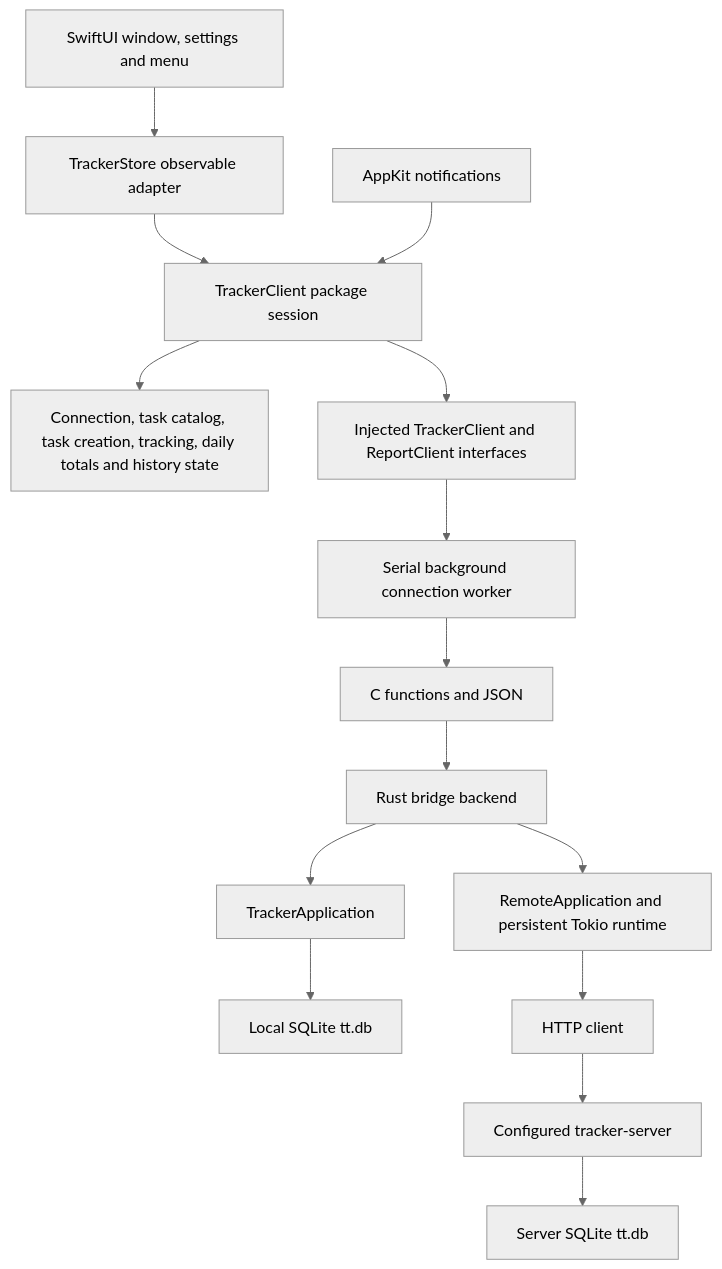
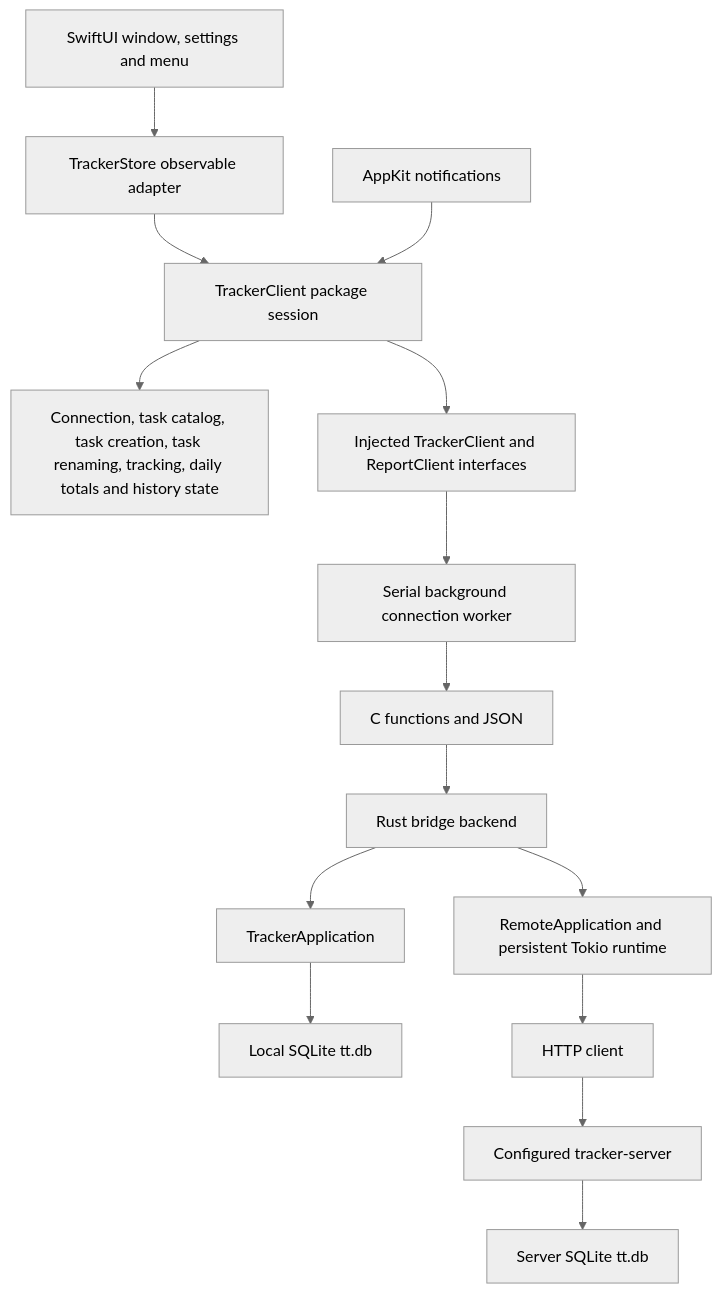
One commit to remshams/time-tracker changed the diagram in apps/swiftui/README.md. Above: the diagram before and after it, drawn with Mermaid (neutral theme). The commit also changed other lines of this file and 9 other files, not shown here.

Commit message:
feat(SwiftUI): add sidebar creation and task name editing

````diff
--- a/apps/swiftui/README.md
+++ b/apps/swiftui/README.md
@@ -118,17 +126,17 @@
 ```mermaid
 flowchart TD
     UI[SwiftUI window, settings and menu] --> Store[TrackerStore observable adapter]
     Store --> Session[TrackerClient package session]
-    Session --> Features[Connection, task catalog, task creation, tracking, daily totals and history state]
+    Session --> Features[Connection, task catalog, task creation, task renaming, tracking, daily totals and history state]
     Lifecycle[AppKit notifications] --> Session
     Session --> Port[Injected TrackerClient and ReportClient interfaces]
     Port --> Worker[Serial background connection worker]
     Worker --> ABI[C functions and JSON]
     ABI --> Backend[Rust bridge backend]
     Backend --> Local[TrackerApplication]
     Local --> DB[Local SQLite tt.db]
     Backend --> Remote[RemoteApplication and persistent Tokio runtime]
     Remote --> HTTP[HTTP client]
     HTTP --> Server[Configured tracker-server]
     Server --> ServerDB[Server SQLite tt.db]
 ```
````
